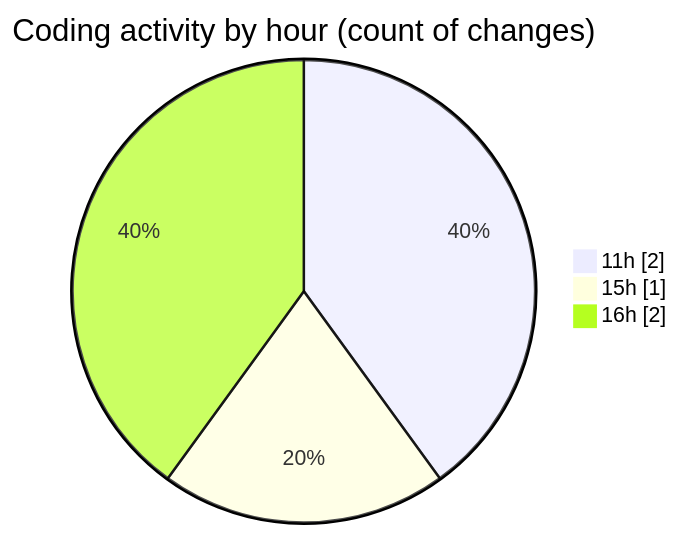
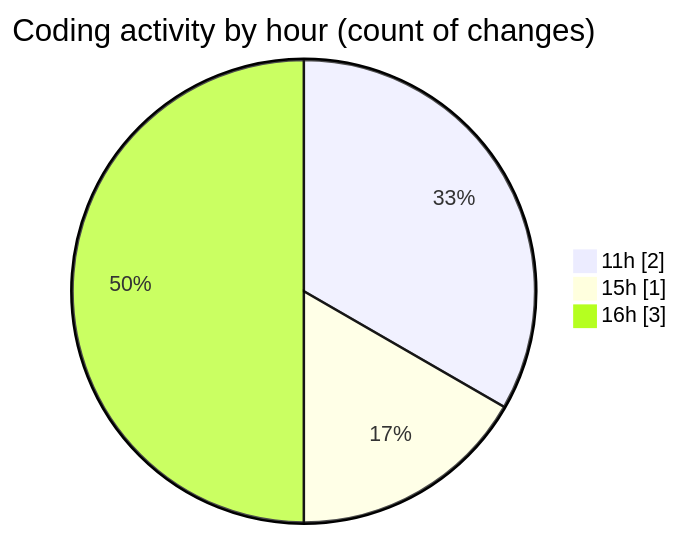
One commit to nxtqubesakshisongat/code-tracking changed the second of 2 diagrams in 2026-08-09/nxtqube_webapp/README.md. Above: the diagram before and after it, drawn with Mermaid. The commit also changed other lines of this file and 1 other file, not shown here.

````diff
--- a/2026-08-09/nxtqube_webapp/README.md
+++ b/2026-08-09/nxtqube_webapp/README.md
@@ -29,7 +30,7 @@
 ```mermaid
 pie showData
 title Coding activity by hour (count of changes)
 "11h" : 2
 "15h" : 1
-"16h" : 2
+"16h" : 3
 ```
````
